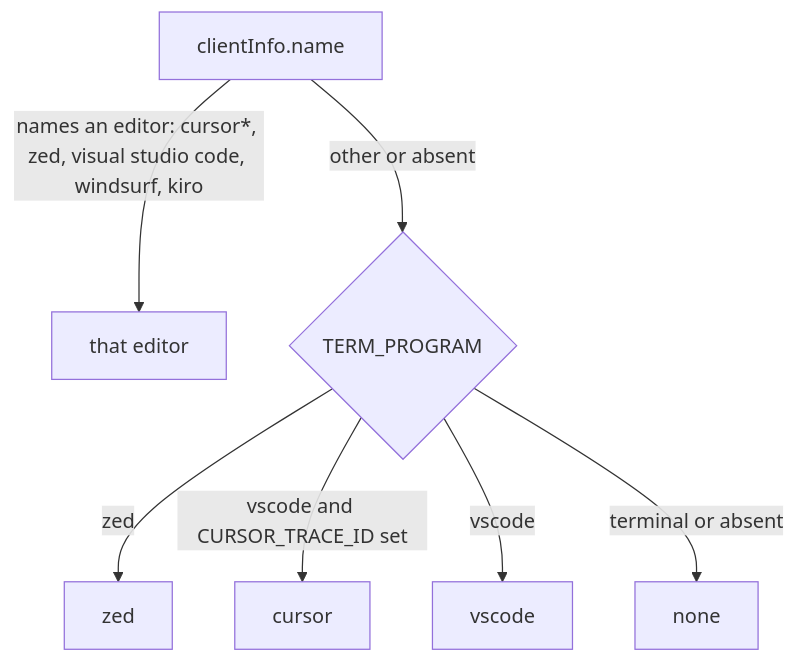
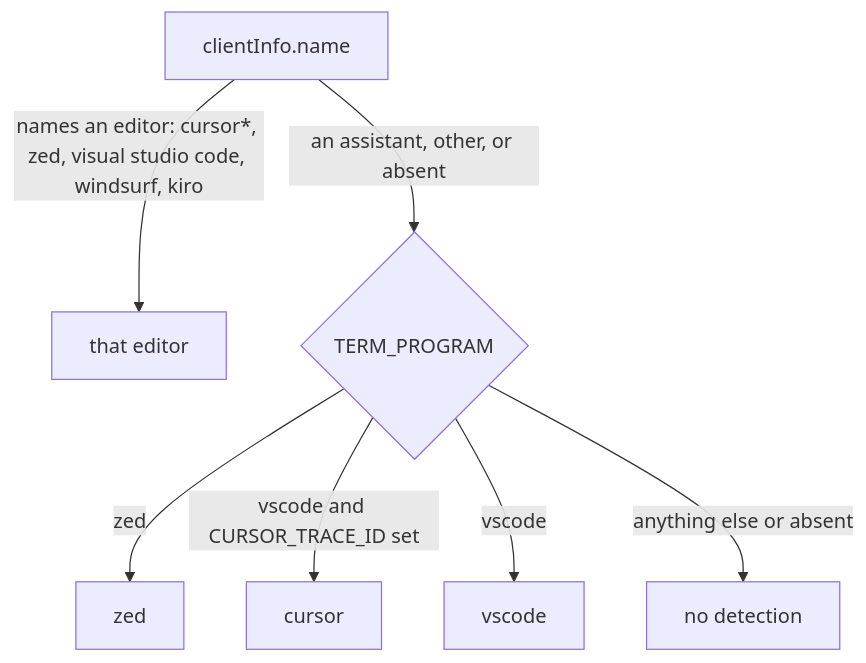
One commit to sensei-hq/sensei changed the diagram in openspec/changes/add-relay-assistant-catalogue/design.md. Above: the diagram before and after it, drawn with Mermaid. The commit also changed other lines of this file and 12 other files, not shown here.

````diff
--- a/openspec/changes/add-relay-assistant-catalogue/design.md
+++ b/openspec/changes/add-relay-assistant-catalogue/design.md
@@ -114,9 +172,9 @@
   ```mermaid
   flowchart TD
     A[clientInfo.name] -->|names an editor: cursor*, zed, visual studio code, windsurf, kiro| H[that editor]
-    A -->|other or absent| B{TERM_PROGRAM}
+    A -->|an assistant, other, or absent| B{TERM_PROGRAM}
     B -->|zed| Z[zed]
     B -->|vscode and CURSOR_TRACE_ID set| C[cursor]
     B -->|vscode| V[vscode]
-    B -->|terminal or absent| N[none]
+    B -->|anything else or absent| N[no detection]
   ```
````
